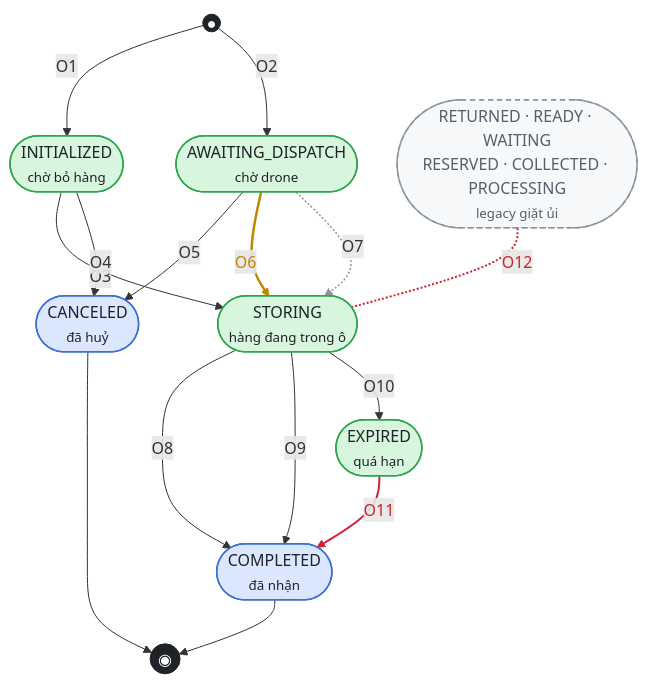
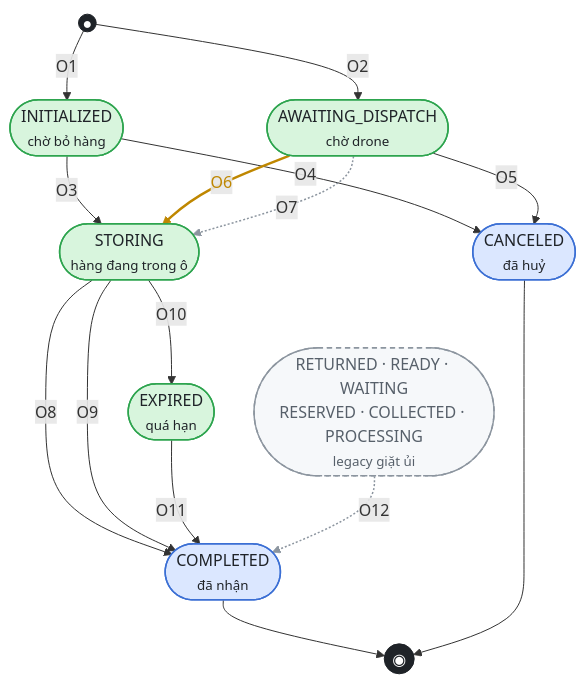
One commit to LockR-Tech/docs changed the diagram in diagrams/src/order-status.mmd. Above: the diagram before and after it, drawn with Mermaid. The commit also changed 6 other files, not shown here.

First line of the commit message:
docs(status): ghi vá SEC-03/05/06 và SEC-09 actuator gateway

```diff
--- a/diagrams/src/order-status.mmd
+++ b/diagrams/src/order-status.mmd
@@ -1,51 +1,51 @@
 %% @title Trạng thái Đơn hàng — orders.status
-%% @subtitle Nguồn: <code>order-service/…/model/LockerOrder.java:66</code> · <code>OrderService.java</code> · <code>OrderAccessPolicy.java</code> · <code>iot-service/…/IotService.java</code> — SEND · RENTAL · STORAGE · DRONE_DELIVERY — rà soát 2026-09-13, cập nhật 2026-09-21 theo backend #20/#21
+%% @subtitle Nguồn: <code>order-service/…/model/LockerOrder.java:66</code> · <code>OrderService.java</code> · <code>OrderAccessPolicy.java</code> · <code>iot-service/…/IotService.java</code> — SEND · RENTAL · STORAGE · DRONE_DELIVERY — rà soát 2026-09-13, cập nhật 2026-10-22 (bảng chuyển trạng thái admin, gỡ API đơn không kiểm quyền)
 %% @orientation portrait
 %% @legend <span class="sw ok"></span>Trạng thái đang dùng
 %% @legend <span class="sw end"></span>Trạng thái kết thúc
 %% @legend <span class="sw gap"></span>Legacy giặt ủi — không nên còn
 %% @legend <b>━</b> đã code &nbsp;<b style="color:#bf8700">━</b> chỉ DEMO &nbsp;<b style="color:#8c959f">┅</b> CHƯA code &nbsp;<b style="color:#cf222e">━</b> lỗ hổng
-%% @row O1 | ∅ → INITIALIZED | <code>POST /api/orders/send</code> · <code>/rental</code> | CUSTOMER | ô AVAILABLE → giữ ô RESERVED 24h; phát PIN gửi hàng. (<code>POST /api/orders</code> cũ lấy userId từ body)
+%% @row O1 | ∅ → INITIALIZED | <code>POST /api/orders/send</code> · <code>/rental</code> | CUSTOMER | ô AVAILABLE → giữ ô RESERVED 24h; phát PIN gửi hàng. <code>POST /api/orders</code> cũ (userId lấy từ body, đơn 0đ tự PAID) đã gỡ 22/10
 %% @row O2 | ∅ → AWAITING_DISPATCH | <code>POST /api/orders/drone-deliveries</code> | CUSTOMER | Idempotency-Key; giữ ô DRONE; báo nhóm DRONE_TECHNICIAN — xem trang “Vòng đời giao hàng drone”
 %% @row O3 | INITIALIZED → STORING | <code>PUT /api/orders/{id}/confirm</code> · kiosk <code>/api/iot/confirm-drop-with-code</code> | chủ đơn · người gửi tại tủ | mọi loại đơn cần PAID (hoặc 0đ); SEND cần đã mở ô (<code>drop_opened_at</code>); kiosk chỉ trong N phút sau lần mở; ô → OCCUPIED; SEND đổi sang PIN nhận hàng, RENTAL tính hạn từ lúc này
 %% @row O4 | INITIALIZED → CANCELED | <code>PUT …/cancel</code> · <code>report-box-fault</code> · cron 15’ quá 24h | chủ đơn · hệ thống | nhả ô; <b>đơn đã PAID bị huỷ không hoàn tiền</b>
 %% @row O5 | AWAITING_DISPATCH → CANCELED | <code>PUT …/cancel</code> · <code>POST …/drone-orders/{id}/cancel</code> | CUSTOMER · DRONE_TECHNICIAN | stage AWAITING_DISPATCH (khách) / ACCEPTED (bảo trì); cả hai đặt deliveryStage = CANCELED
 %% @row !O6 | AWAITING_DISPATCH → STORING | <code>DroneDeliverySimulator</code> (mission DEPOSITED) | hệ thống | chỉ DEMO; ghi thẳng, <b>bỏ qua transition()</b>: không lịch sử, không event
 %% @row ~O7 | AWAITING_DISPATCH → STORING | sự kiện hạ cánh + gửi hàng thật | drone · iot-service | CHƯA CÓ ⇒ STANDARD kẹt ở AWAITING_DISPATCH
 %% @row O8 | STORING → COMPLETED | <code>PUT …/complete</code> · <code>pickup-storage</code> · kiosk <code>/api/iot/end-rental-with-code</code> | chủ đơn · người thuê tại tủ | nhả ô, xoá PIN. Phí quá hạn cộng <b>sau</b> khi kiểm tra PAID ⇒ không bao giờ thu
 %% @row O9 | STORING → COMPLETED | nhập mã nhận ở kiosk <code>/api/iot/unlock-with-code</code> | người nhận (không cần tài khoản) | SEND/DRONE. Đơn RENTAL mở lại bằng mã <b>không</b> bị kết thúc — chỉ kết thúc qua O8
 %% @row O10 | STORING → EXPIRED | cron mỗi giờ phút :05 | hệ thống | quá hạn + 24h; nhả ô, thu hồi PIN
-%% @row xO11 | EXPIRED · STORING → COMPLETED | <code>POST /api/orders/{id}/checkout</code> | <b>mọi JWT</b> | không kiểm tra vai trò hay chủ đơn
-%% @row xO12 | mọi → mọi | <code>PATCH /api/orders/{id}/status</code> · <code>PUT /api/admin/orders/{id}/status</code> | <b>mọi JWT</b> · ADMIN | <b>không guard</b>, nhận chuỗi bất kỳ (kể cả trạng thái legacy), nhả ô khi CANCELED/COMPLETED
-%% @note <b>paymentStatus</b> (cột riêng): UNPAID → PAID qua sự kiện <code>payment.completed</code>; PAID → UNPAID khi gia hạn thuê. <b>REFUNDED không bao giờ được ghi.</b> App khách đã bỏ CASH và chờ PAID; nhưng <code>PATCH /api/payments/{id}/status</code> vẫn mở cho mọi JWT.
+%% @row O11 | EXPIRED · STORING → COMPLETED | <code>PUT /api/admin/orders/{id}/status</code> (COMPLETED) | ADMIN | đi qua <code>checkout()</code>: nhả ô, xoá PIN, ghi <code>completedAt</code>. <code>POST /api/orders/{id}/checkout</code> (mọi JWT) đã gỡ 22/10
+%% @row O12 | đổi tay | <code>PUT</code> · <code>PATCH /api/admin/orders/{id}/status</code> | ADMIN | chỉ theo bảng <code>STAFF_TRANSITIONS</code>: INITIALIZED · AWAITING_DISPATCH (· RESERVED · WAITING cũ) → CANCELED; STORING · RETURNED → COMPLETED · EXPIRED; READY · EXPIRED → COMPLETED; COMPLETED · CANCELED không đổi được. Sai ⇒ <code>ORDER_STATUS_TRANSITION_INVALID</code>. Người thao tác lấy từ JWT. <code>PATCH /api/orders/{id}/status</code> (mọi JWT) đã gỡ 22/10
+%% @note <b>paymentStatus</b> (cột riêng): UNPAID → PAID qua sự kiện <code>payment.completed</code>; PAID → UNPAID khi gia hạn thuê. <b>REFUNDED không bao giờ được ghi.</b> App khách đã bỏ CASH và chờ PAID; <code>PATCH /api/payments/{id}/status</code> chỉ ADMIN.
 %% @note <b>Chặn mở ô bằng mã</b> (<code>OrderAccessPolicy</code>): đơn INITIALIZED chưa trả (<code>ORDER_UNPAID</code>), đơn thuê quá hạn (<code>RENTAL_EXPIRED</code>), phần gia hạn chưa trả (<code>RENTAL_UNPAID</code>, sau cài đặt). Bị chặn không tính nhập sai, không khoá ô.
-%% @note Tự chuyển (STORING → STORING, chỉ ghi lịch sử): <code>extend-rental</code>, <code>delegate</code>, <code>reset-pin</code> (không guard trạng thái). Web admin thiếu STORING · EXPIRED · AWAITING_DISPATCH nên đẩy đơn vào được trạng thái legacy.
+%% @note Tự chuyển (STORING → STORING, chỉ ghi lịch sử): <code>extend-rental</code>, <code>delegate</code>, <code>reset-pin</code> (reset-pin chỉ khi INITIALIZED · STORING · RETURNED, không phải đơn drone, đơn đang có PIN). Web admin chỉ liệt kê bước hợp lệ từ trạng thái hiện tại.
 %%{init: {"flowchart": {"nodeSpacing": 40, "rankSpacing": 44, "padding": 8, "curve": "basis"}}}%%
 flowchart TB
     S(("●")) -->|O1| INIT(["INITIALIZED<br/><small>chờ bỏ hàng</small>"])
     S -->|O2| AWAIT(["AWAITING_DISPATCH<br/><small>chờ drone</small>"])
     INIT -->|O3| STORING(["STORING<br/><small>hàng đang trong ô</small>"])
     INIT -->|O4| CANCELED(["CANCELED<br/><small>đã huỷ</small>"])
     AWAIT -->|O5| CANCELED
     AWAIT -->|O6| STORING
     AWAIT -.->|O7| STORING
     STORING -->|O8| DONE(["COMPLETED<br/><small>đã nhận</small>"])
     STORING -->|O9| DONE
     STORING -->|O10| EXPIRED(["EXPIRED<br/><small>quá hạn</small>"])
     EXPIRED -->|O11| DONE
-    LEGACY(["RETURNED · READY · WAITING<br/>RESERVED · COLLECTED · PROCESSING<br/><small>legacy giặt ủi</small>"]) -.-|O12| STORING
+    LEGACY(["RETURNED · READY · WAITING<br/>RESERVED · COLLECTED · PROCESSING<br/><small>legacy giặt ủi</small>"]) -.->|O12| DONE
     DONE --> E((("◉")))
     CANCELED --> E
 
     classDef ok fill:#d8f5dd,stroke:#2da44e,stroke-width:1.5px,color:#1f2328
     classDef fin fill:#dbe7ff,stroke:#3b6fd4,stroke-width:1.5px,color:#1f2328
     classDef legacy fill:#f6f8fa,stroke:#8c959f,stroke-width:1.5px,stroke-dasharray:5 4,color:#57606a
     classDef term fill:#1f2328,stroke:#1f2328,color:#ffffff
     class INIT,AWAIT,STORING,EXPIRED ok
     class DONE,CANCELED fin
     class LEGACY legacy
     class S,E term
 
     linkStyle 5 stroke:#bf8700,stroke-width:2.5px,color:#bf8700
     linkStyle 6 stroke:#8c959f,stroke-width:1.5px
-    linkStyle 10,11 stroke:#cf222e,stroke-width:2px,color:#cf222e
+    linkStyle 11 stroke:#8c959f,stroke-width:1.5px
```
